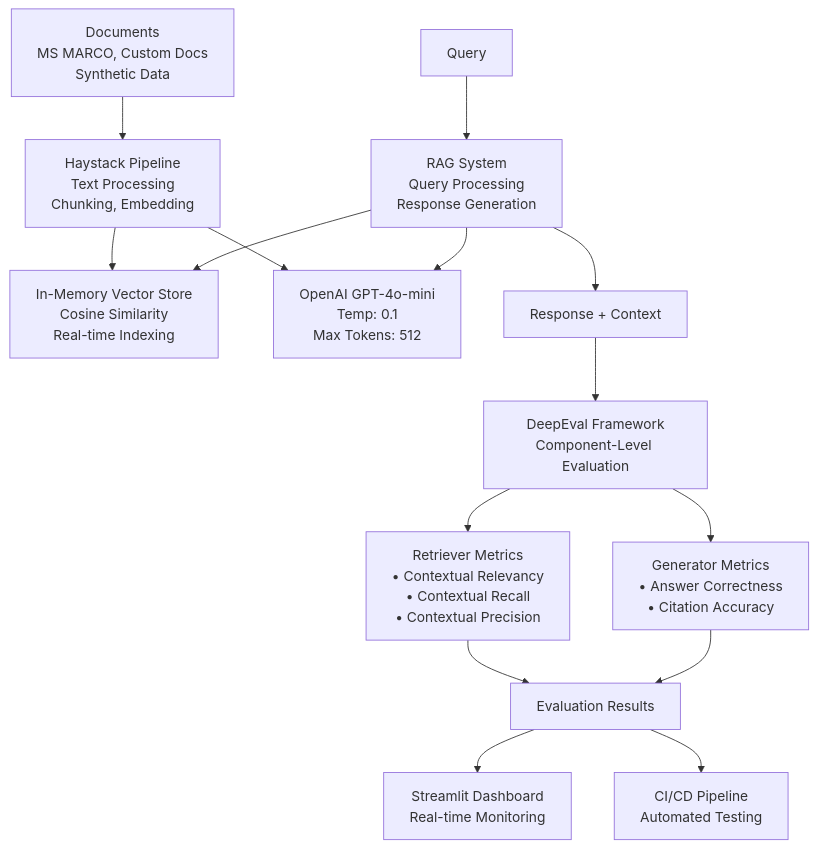
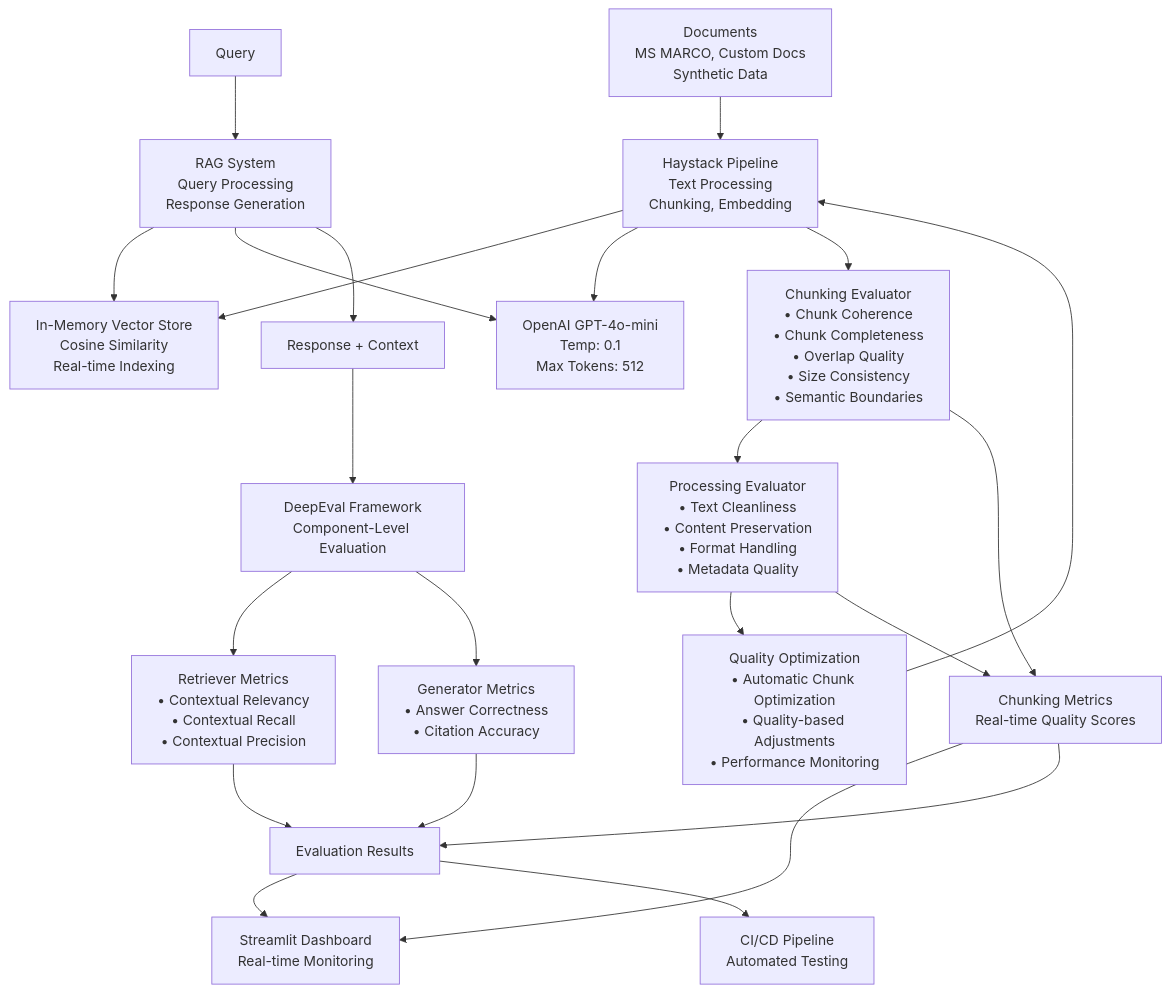
One commit to samarth2727/Deepeval_RAG_Evaluation changed the diagram in README.md. Above: the diagram before and after it, drawn with Mermaid. The commit also changed other lines of this file and 6 other files, not shown here.

Commit message:
chunking evaluation

````diff
--- a/README.md
+++ b/README.md
@@ -13,20 +13,32 @@
 ```mermaid
 graph TB
     A[Documents<br/>MS MARCO, Custom Docs<br/>Synthetic Data] --> B[Haystack Pipeline<br/>Text Processing<br/>Chunking, Embedding]
     B --> C[In-Memory Vector Store<br/>Cosine Similarity<br/>Real-time Indexing]
     B --> D[OpenAI GPT-4o-mini<br/>Temp: 0.1<br/>Max Tokens: 512]
     
     E[Query] --> F[RAG System<br/>Query Processing<br/>Response Generation]
     F --> C
     F --> D
     F --> G[Response + Context]
     
     G --> H[DeepEval Framework<br/>Component-Level Evaluation]
     H --> I[Retriever Metrics<br/>• Contextual Relevancy<br/>• Contextual Recall<br/>• Contextual Precision]
     H --> J[Generator Metrics<br/>• Answer Correctness<br/>• Citation Accuracy]
     
     I --> K[Evaluation Results]
     J --> K
     K --> L[Streamlit Dashboard<br/>Real-time Monitoring]
     K --> M[CI/CD Pipeline<br/>Automated Testing]
+    
+    %% New Chunking Evaluation Flow
+    B --> N[Chunking Evaluator<br/>• Chunk Coherence<br/>• Chunk Completeness<br/>• Overlap Quality<br/>• Size Consistency<br/>• Semantic Boundaries]
+    N --> O[Processing Evaluator<br/>• Text Cleanliness<br/>• Content Preservation<br/>• Format Handling<br/>• Metadata Quality]
+    O --> P[Quality Optimization<br/>• Automatic Chunk Optimization<br/>• Quality-based Adjustments<br/>• Performance Monitoring]
+    P --> B
+    
+    %% Enhanced Results
+    N --> Q[Chunking Metrics<br/>Real-time Quality Scores]
+    O --> Q
+    Q --> L
+    Q --> K
 ```
````
